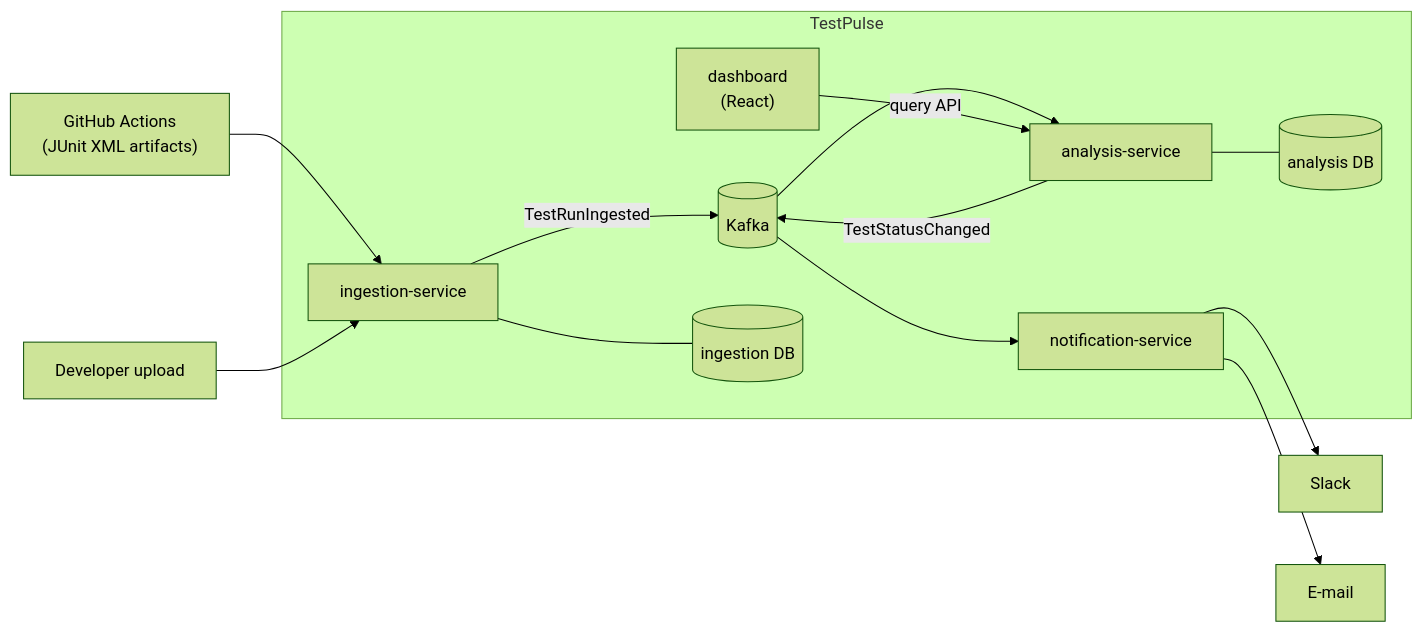
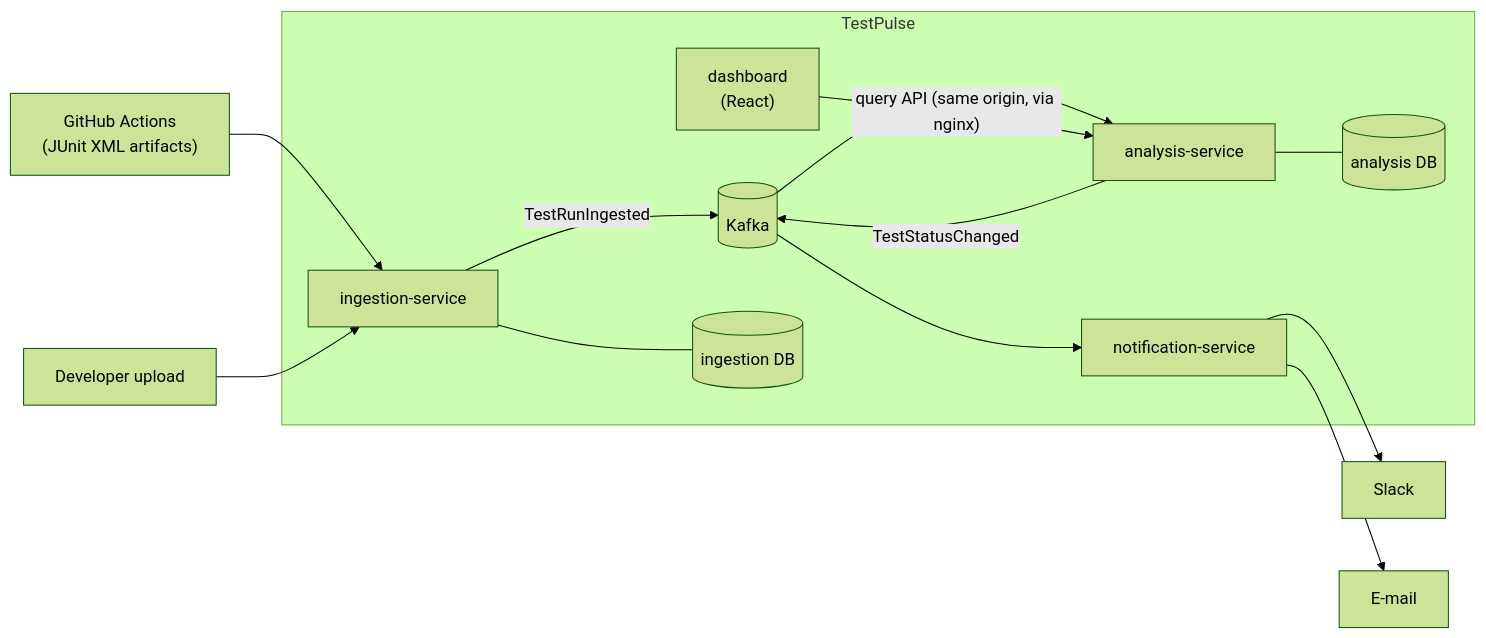
Before and after one commit to YagmurPazi/testpulse: the diagram in README.md, drawn with Mermaid (forest theme). The commit also changed other lines of this file and 5 other files, not shown here.

````diff
--- a/README.md
+++ b/README.md
@@ -30,25 +31,25 @@
 ```mermaid
 flowchart LR
     ci["GitHub Actions<br/>(JUnit XML artifacts)"] --> ingestion
     dev["Developer upload"] --> ingestion
 
     subgraph TestPulse
         ingestion["ingestion-service"]
         analysis["analysis-service"]
         notification["notification-service"]
         dashboard["dashboard<br/>(React)"]
         kafka[("Kafka")]
         dbi[("ingestion DB")]
         dba[("analysis DB")]
     end
 
     ingestion -- "TestRunIngested" --> kafka
     kafka --> analysis
     analysis -- "TestStatusChanged" --> kafka
     kafka --> notification
-    dashboard -- "query API" --> analysis
+    dashboard -- "query API (same origin, via nginx)" --> analysis
     ingestion --- dbi
     analysis --- dba
     notification --> slack["Slack"]
     notification --> mail["E-mail"]
 ```
````
